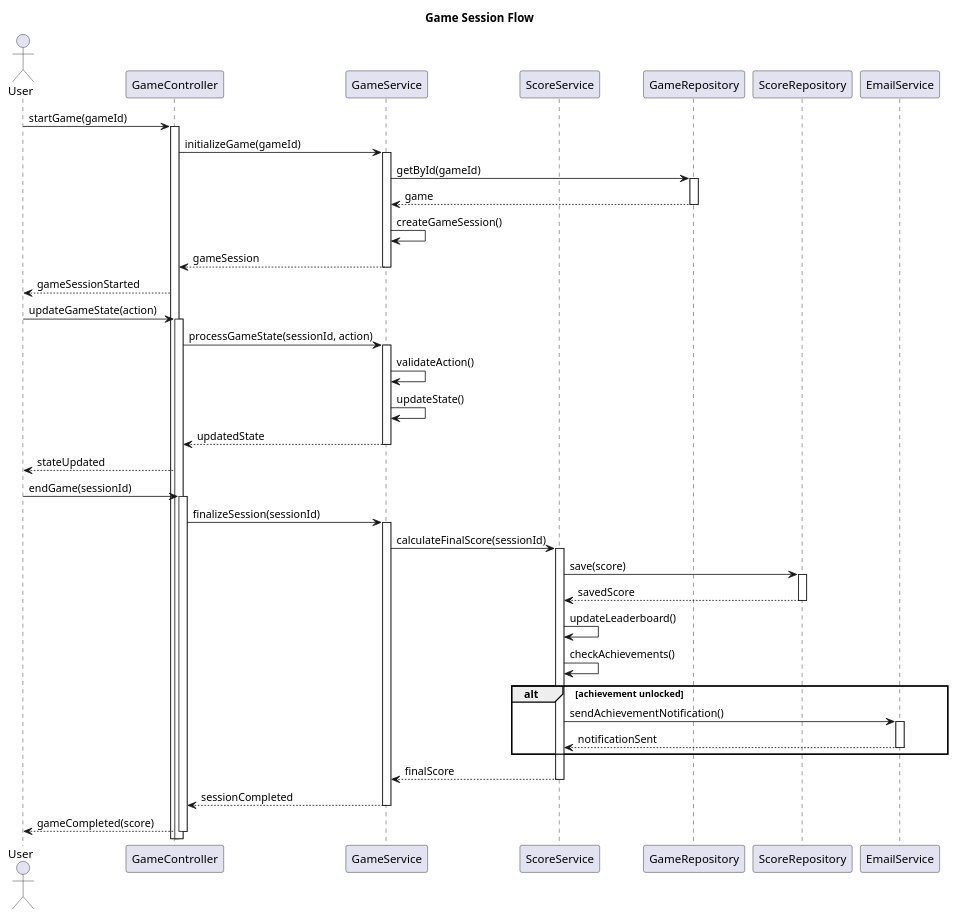
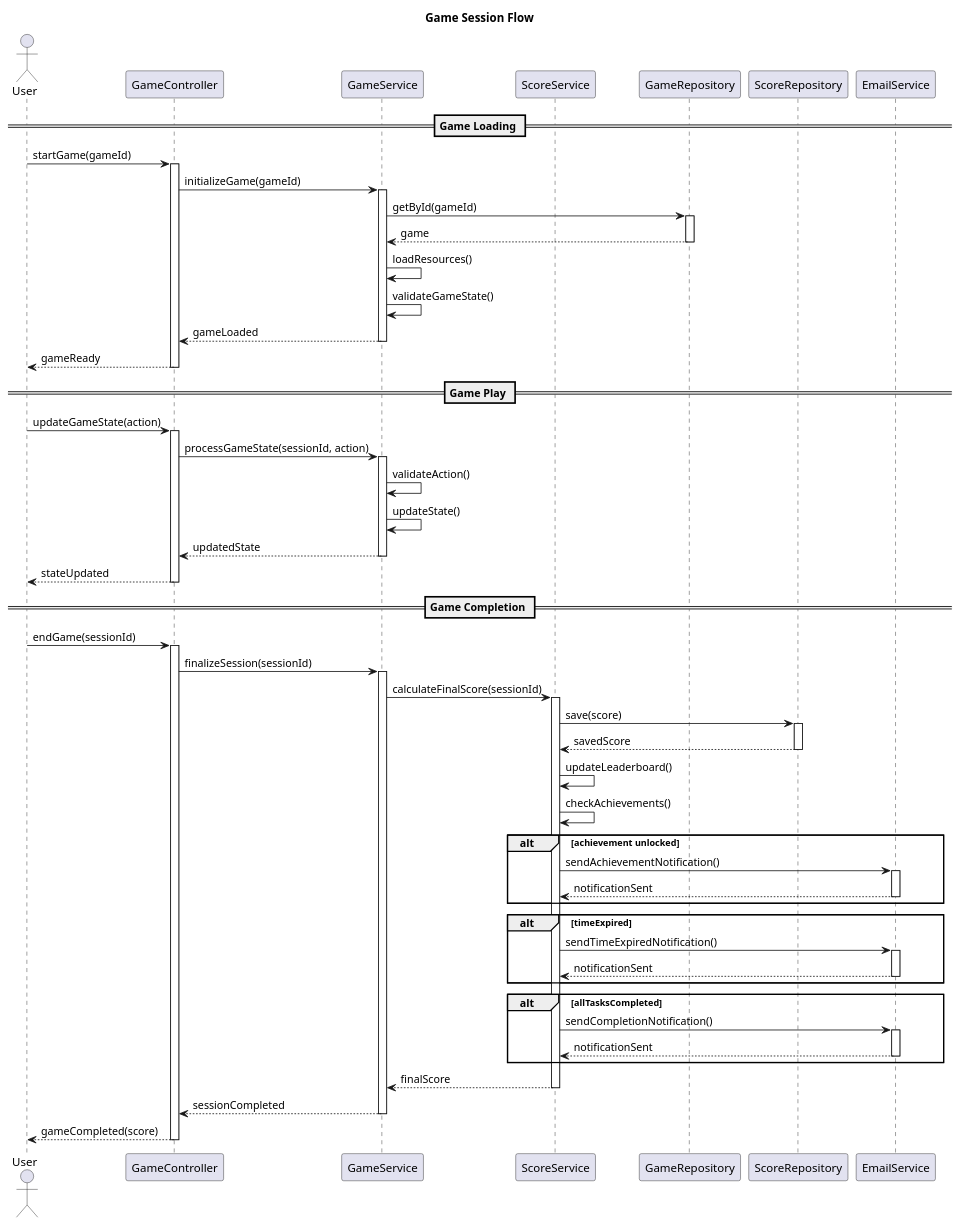
Before and after one commit to Saukys/se-24-psi2: the diagram in docs/Sequence/sequence-game-session.puml, drawn with PlantUML. The commit also changed 4 other files, not shown here.

Commit message:
Refactor UML diagrams to enhance clarity and detail, including updates to class, component, deployment, sequence, and state diagrams. Removed obsolete classes, restructured components, and added new states and transitions for improved group management.

```diff
--- a/docs/Sequence/sequence-game-session.puml
+++ b/docs/Sequence/sequence-game-session.puml
@@ -1,103 +1,123 @@
 @startuml
 ' =============================================
 ' Game Session Sequence Diagram
 ' =============================================
 ' This diagram illustrates the flow of a complete game session,
 ' from initialization to completion, including score processing
 ' and achievement handling.
 '
 ' Key Participants:
 ' - User: Player interacting with the game
 ' - GameController: Handles game-related HTTP requests
 ' - GameService: Manages game logic and state
 ' - ScoreService: Processes scores and achievements
 ' - Repositories: Handle data persistence
 ' - EmailService: Sends notifications
 '
 ' Main Flow:
 ' 1. Game Initialization
 ' 2. Game State Updates
 ' 3. Game Completion
 ' 4. Score Processing
 ' 5. Achievement Checking
 ' 6. Notification Handling
 '
 ' Key Features:
 ' - Real-time state updates
 ' - Score calculation
 ' - Achievement system
 ' - Email notifications
 ' =============================================
 
 title Game Session Flow
 
 actor User
 participant GameController
 participant GameService
 participant ScoreService
 participant GameRepository
 participant ScoreRepository
 participant EmailService
 
+== Game Loading ==
 User -> GameController: startGame(gameId)
 activate GameController
 
 GameController -> GameService: initializeGame(gameId)
 activate GameService
 
 GameService -> GameRepository: getById(gameId)
 activate GameRepository
 GameRepository --> GameService: game
 deactivate GameRepository
 
-GameService -> GameService: createGameSession()
-GameService --> GameController: gameSession
+GameService -> GameService: loadResources()
+GameService -> GameService: validateGameState()
+GameService --> GameController: gameLoaded
 deactivate GameService
 
-GameController --> User: gameSessionStarted
+GameController --> User: gameReady
+deactivate GameController
 
+== Game Play ==
 User -> GameController: updateGameState(action)
 activate GameController
 
 GameController -> GameService: processGameState(sessionId, action)
 activate GameService
 GameService -> GameService: validateAction()
 GameService -> GameService: updateState()
 GameService --> GameController: updatedState
 deactivate GameService
 
 GameController --> User: stateUpdated
+deactivate GameController
 
+== Game Completion ==
 User -> GameController: endGame(sessionId)
 activate GameController
 
 GameController -> GameService: finalizeSession(sessionId)
 activate GameService
 
 GameService -> ScoreService: calculateFinalScore(sessionId)
 activate ScoreService
 ScoreService -> ScoreRepository: save(score)
 activate ScoreRepository
 ScoreRepository --> ScoreService: savedScore
 deactivate ScoreRepository
 
 ScoreService -> ScoreService: updateLeaderboard()
 ScoreService -> ScoreService: checkAchievements()
 
 alt achievement unlocked
     ScoreService -> EmailService: sendAchievementNotification()
     activate EmailService
     EmailService --> ScoreService: notificationSent
     deactivate EmailService
 end
 
+alt timeExpired
+    ScoreService -> EmailService: sendTimeExpiredNotification()
+    activate EmailService
+    EmailService --> ScoreService: notificationSent
+    deactivate EmailService
+end
+
+alt allTasksCompleted
+    ScoreService -> EmailService: sendCompletionNotification()
+    activate EmailService
+    EmailService --> ScoreService: notificationSent
+    deactivate EmailService
+end
+
 ScoreService --> GameService: finalScore
 deactivate ScoreService
 
 GameService --> GameController: sessionCompleted
 deactivate GameService
 
 GameController --> User: gameCompleted(score)
 deactivate GameController
 
 @enduml 
```
